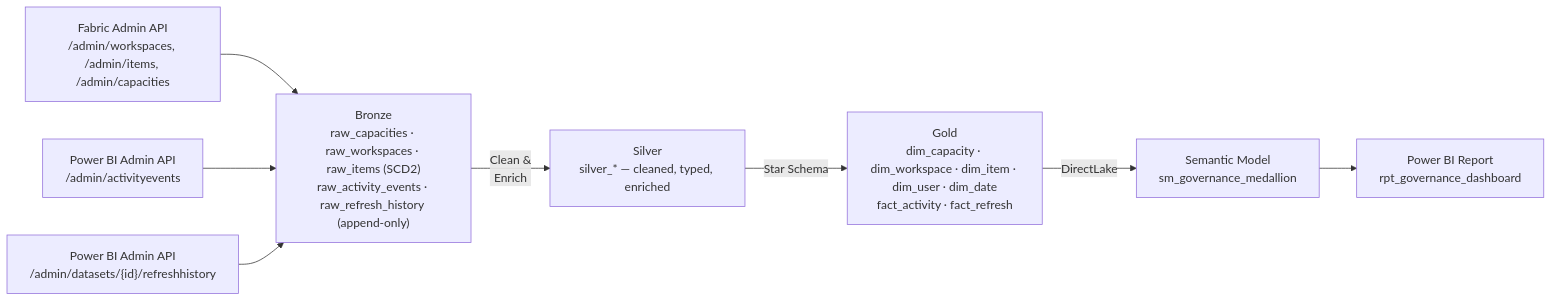
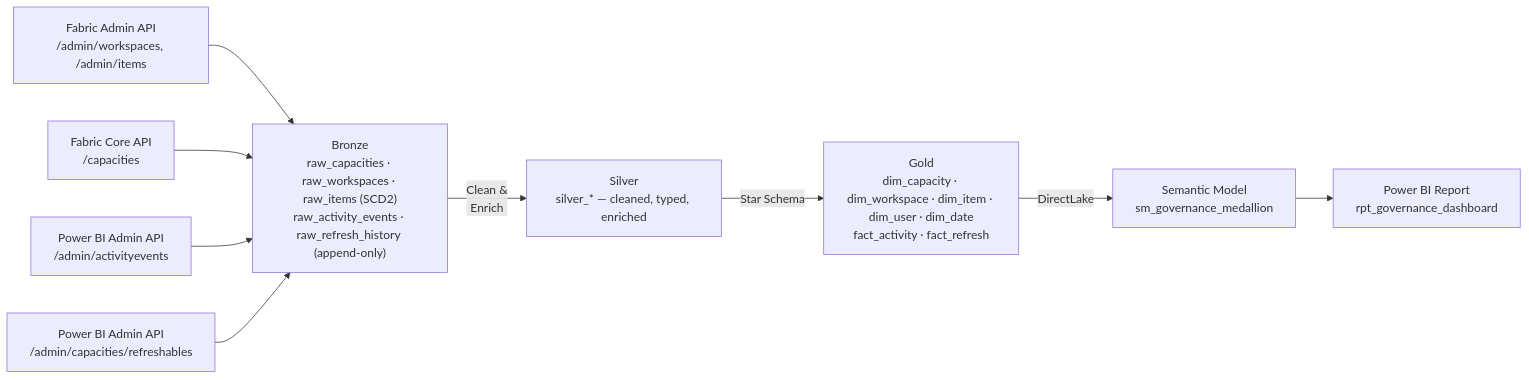
One commit to amxavier/fabric-governance changed the diagram in README.md. Above: the diagram before and after it, drawn with Mermaid. The commit also changed other lines of this file and 3 other files, not shown here.

````diff
--- a/README.md
+++ b/README.md
@@ -17,20 +17,22 @@
 ```mermaid
 flowchart LR
-    ADM["Fabric Admin API\n/admin/workspaces, /admin/items, /admin/capacities"]
+    ADM["Fabric Admin API\n/admin/workspaces, /admin/items"]
+    CAP["Fabric Core API\n/capacities"]
     AE["Power BI Admin API\n/admin/activityevents"]
-    RH["Power BI Admin API\n/admin/datasets/{id}/refreshhistory"]
+    RH["Power BI Admin API\n/admin/capacities/refreshables"]
 
     B["Bronze\nraw_capacities · raw_workspaces · raw_items (SCD2)\nraw_activity_events · raw_refresh_history (append-only)"]
     S["Silver\nsilver_* — cleaned, typed, enriched"]
     G["Gold\ndim_capacity · dim_workspace · dim_item · dim_user · dim_date\nfact_activity · fact_refresh"]
     SM["Semantic Model\nsm_governance_medallion"]
     PBI["Power BI Report\nrpt_governance_dashboard"]
 
     ADM --> B
+    CAP --> B
     AE --> B
     RH --> B
     B -->|"Clean &\nEnrich"| S
     S -->|"Star Schema"| G
     G -->|"DirectLake"| SM
     SM --> PBI
 ```
````
